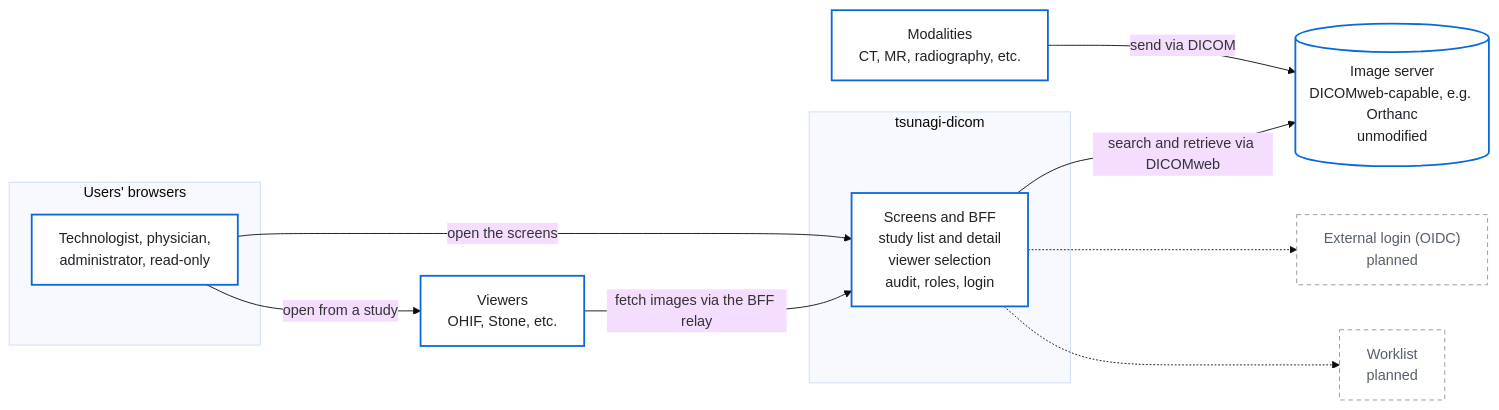
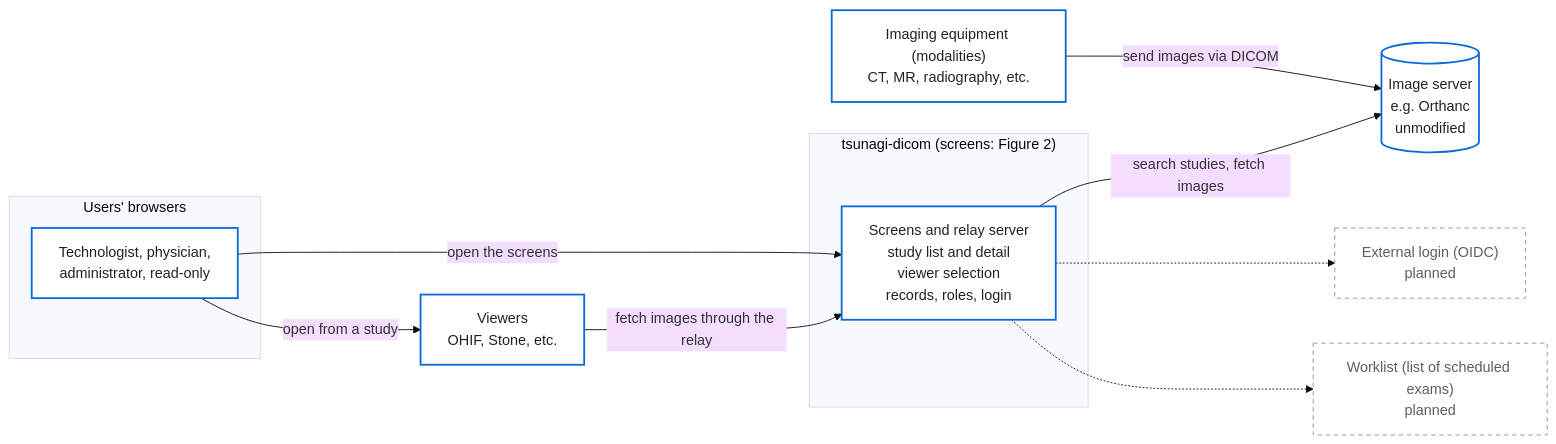
One commit to jeysunit/tsunagi-dicom changed the first of 3 diagrams in README.en.md. Above: the diagram before and after it, drawn with Mermaid (base theme). The commit also changed other lines of this file and 1 other file, not shown here.

First line of the commit message:
docs: README の専門語・内輪の語を外の人に分かる言葉にし、図の関係を書く

````diff
--- a/README.en.md
+++ b/README.en.md
@@ -15,25 +17,25 @@
 ```mermaid
 flowchart LR
   classDef box fill:#ffffff,stroke:#0969da,stroke-width:2px,color:#1f2328
   classDef plan fill:#ffffff,stroke:#8c959f,stroke-dasharray:5 4,color:#57606a
 
-  MOD["Modalities<br/>CT, MR, radiography, etc."]:::box
-  PACS[("Image server<br/>DICOMweb-capable, e.g. Orthanc<br/>unmodified")]:::box
-  subgraph TSUNAGI["tsunagi-dicom"]
-    BFF["Screens and BFF<br/>study list and detail<br/>viewer selection<br/>audit, roles, login"]:::box
+  MOD["Imaging equipment (modalities)<br/>CT, MR, radiography, etc."]:::box
+  PACS[("Image server<br/>e.g. Orthanc<br/>unmodified")]:::box
+  subgraph TSUNAGI["tsunagi-dicom (screens: Figure 2)"]
+    BFF["Screens and relay server<br/>study list and detail<br/>viewer selection<br/>records, roles, login"]:::box
   end
   VIEWER["Viewers<br/>OHIF, Stone, etc."]:::box
   subgraph USERS["Users' browsers"]
     USER["Technologist, physician,<br/>administrator, read-only"]:::box
   end
   OIDC["External login (OIDC)<br/>planned"]:::plan
-  WL["Worklist<br/>planned"]:::plan
+  WL["Worklist (list of scheduled exams)<br/>planned"]:::plan
 
-  MOD -->|"send via DICOM"| PACS
-  BFF -->|"search and retrieve via DICOMweb"| PACS
+  MOD -->|"send images via DICOM"| PACS
+  BFF -->|"search studies, fetch images"| PACS
   USER -->|"open the screens"| BFF
   USER -->|"open from a study"| VIEWER
-  VIEWER -->|"fetch images via the BFF relay"| BFF
+  VIEWER -->|"fetch images through the relay"| BFF
   BFF -.-> OIDC
   BFF -.-> WL
 ```
````
